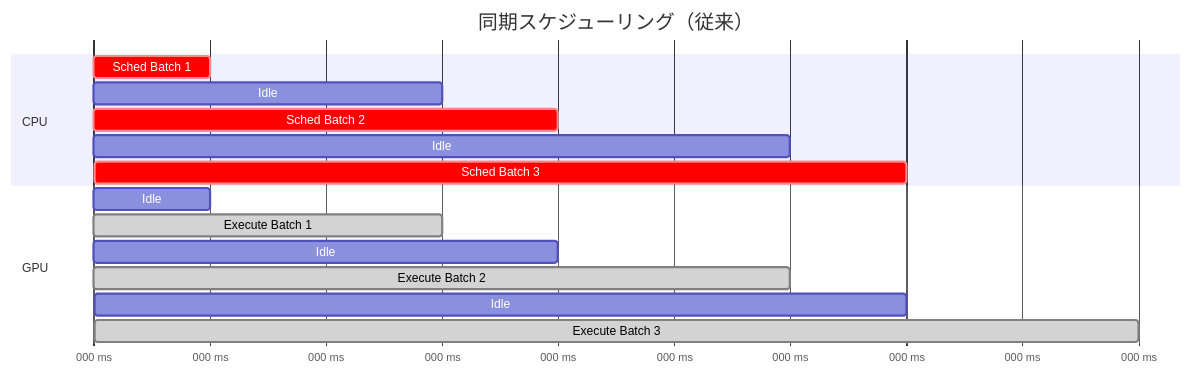
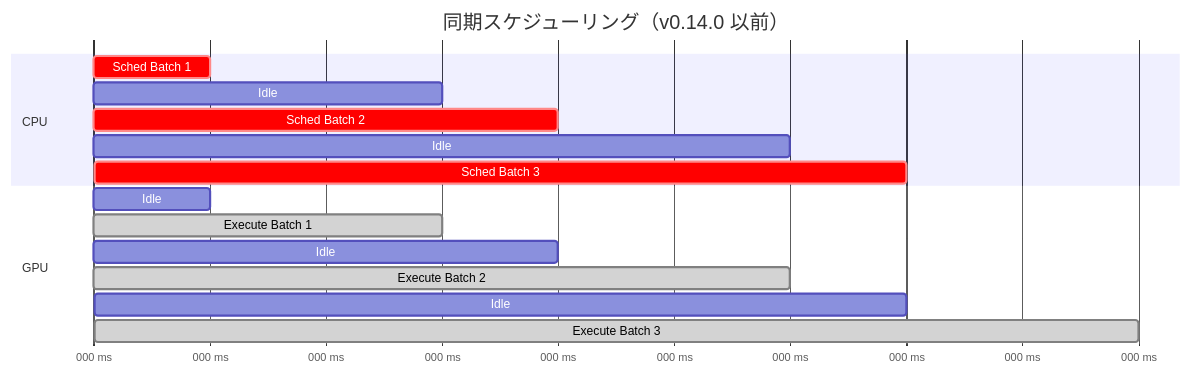
Before and after one commit to littlemex/zenn: the first of 9 diagrams in articles/d2ed7115cf4578.md, drawn with Mermaid. The commit also changed other lines of this file, not shown here.

````diff
--- a/articles/d2ed7115cf4578.md
+++ b/articles/d2ed7115cf4578.md
@@ -36,21 +36,21 @@
 ```mermaid
 gantt
-    title 同期スケジューリング（従来）
+    title 同期スケジューリング（v0.14.0 以前）
     dateFormat X
     axisFormat %L ms
 
     section CPU
     Sched Batch 1 : crit, 0, 5
     Idle :5, 15
     Sched Batch 2 : crit, 15, 20
     Idle :20, 30
     Sched Batch 3 : crit, 30, 35
 
     section GPU
     Idle :0, 5
     Execute Batch 1 : done, 5, 15
     Idle :15, 20
     Execute Batch 2 : done, 20, 30
     Idle :30, 35
     Execute Batch 3 : done, 35, 45
 ```
````
